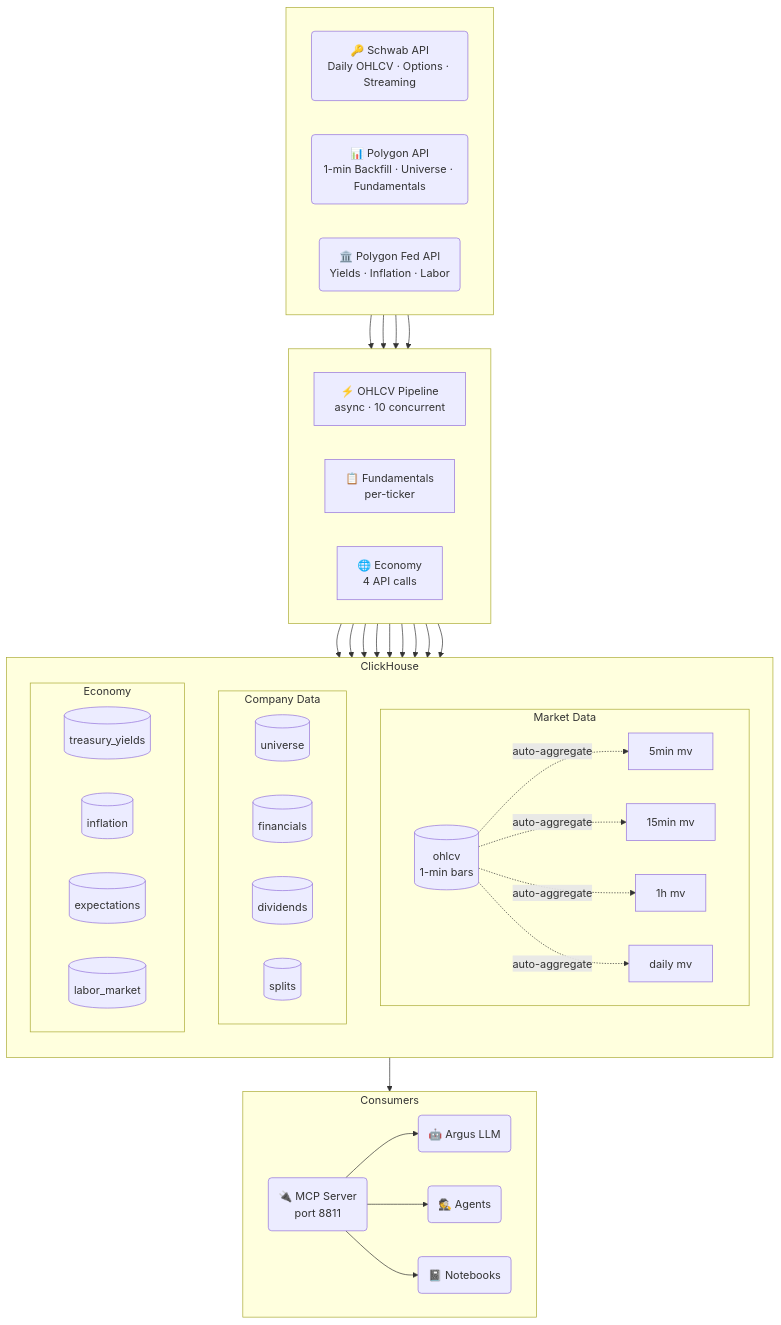
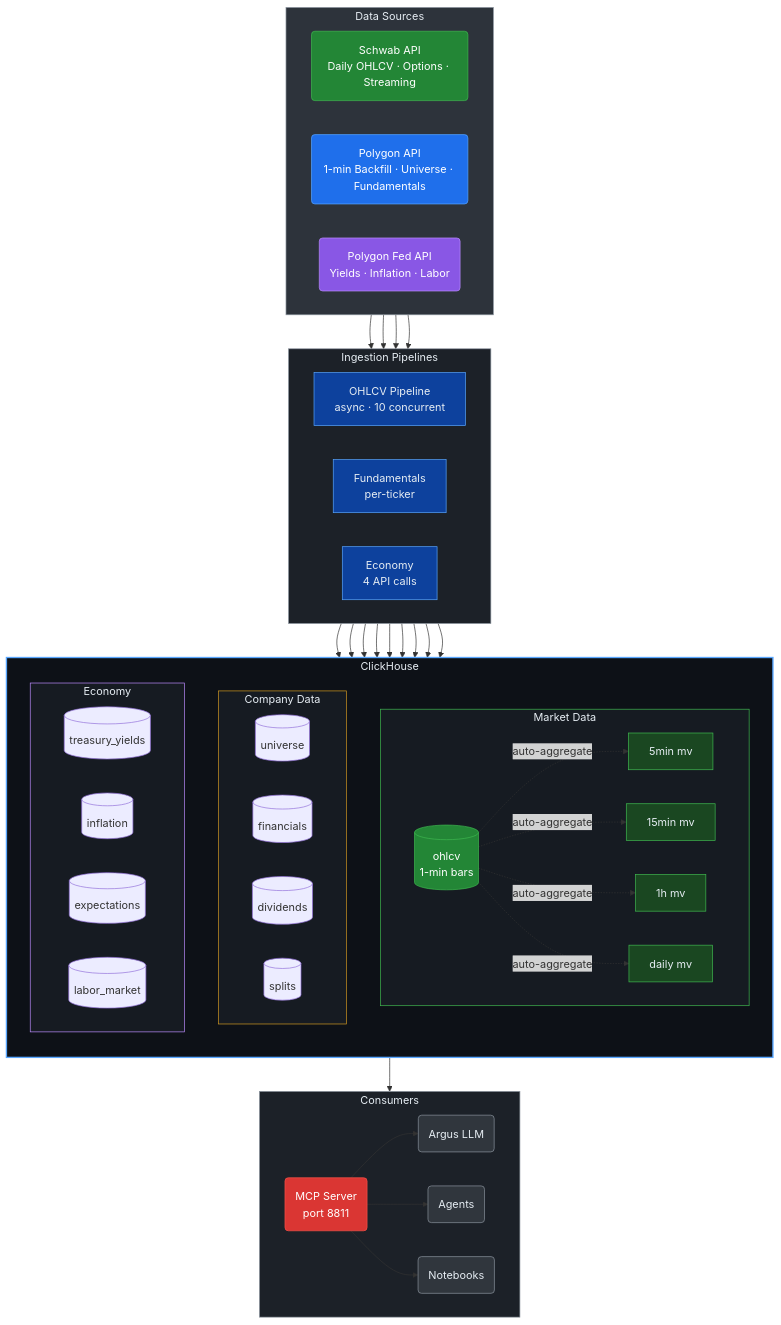
Before and after one commit to eshaank/argus-dataplat: the first of 2 diagrams in README.md, drawn with Mermaid.

Commit message:
docs: mermaid diagrams — remove emojis, add GitHub dark-mode color scheme

````diff
--- a/README.md
+++ b/README.md
@@ -11,17 +11,17 @@
 ```mermaid
 flowchart TB
-    subgraph Sources[" "]
+    subgraph Sources["Data Sources"]
         direction LR
-        SCHWAB("🔑 Schwab API\nDaily OHLCV · Options · Streaming")
-        POLYGON("📊 Polygon API\n1-min Backfill · Universe · Fundamentals")
-        FED("🏛️ Polygon Fed API\nYields · Inflation · Labor")
+        SCHWAB("Schwab API\nDaily OHLCV · Options · Streaming")
+        POLYGON("Polygon API\n1-min Backfill · Universe · Fundamentals")
+        FED("Polygon Fed API\nYields · Inflation · Labor")
     end
 
-    subgraph Pipelines[" "]
+    subgraph Pipelines["Ingestion Pipelines"]
         direction LR
-        OHLCV_PIPE["⚡ OHLCV Pipeline\nasync · 10 concurrent"]
-        FUND_PIPE["📋 Fundamentals\nper-ticker"]
-        ECON_PIPE["🌐 Economy\n4 API calls"]
+        OHLCV_PIPE["OHLCV Pipeline\nasync · 10 concurrent"]
+        FUND_PIPE["Fundamentals\nper-ticker"]
+        ECON_PIPE["Economy\n4 API calls"]
     end
 
     subgraph ClickHouse["ClickHouse"]
@@ -55,10 +55,10 @@
 
     subgraph Consumers["Consumers"]
         direction LR
-        MCP("🔌 MCP Server\nport 8811")
-        ARGUS("🤖 Argus LLM")
-        AGENTS("🕵️ Agents")
-        NB("📓 Notebooks")
+        MCP("MCP Server\nport 8811")
+        ARGUS("Argus LLM")
+        AGENTS("Agents")
+        NB("Notebooks")
     end
 
     SCHWAB --> OHLCV_PIPE
@@ -73,4 +73,31 @@
 
     ClickHouse --> MCP
     MCP --> ARGUS & AGENTS & NB
+
+    style Sources fill:#2d333b,stroke:#8b949e,color:#e6edf3
+    style Pipelines fill:#1c2128,stroke:#8b949e,color:#e6edf3
+    style ClickHouse fill:#0d1117,stroke:#58a6ff,color:#e6edf3,stroke-width:2px
+    style Market fill:#161b22,stroke:#3fb950,color:#e6edf3
+    style Company fill:#161b22,stroke:#d29922,color:#e6edf3
+    style Economy fill:#161b22,stroke:#bc8cff,color:#e6edf3
+    style Consumers fill:#1c2128,stroke:#8b949e,color:#e6edf3
+
+    style SCHWAB fill:#238636,stroke:#3fb950,color:#fff
+    style POLYGON fill:#1f6feb,stroke:#58a6ff,color:#fff
+    style FED fill:#8957e5,stroke:#bc8cff,color:#fff
+
+    style OHLCV_PIPE fill:#0d419d,stroke:#58a6ff,color:#e6edf3
+    style FUND_PIPE fill:#0d419d,stroke:#58a6ff,color:#e6edf3
+    style ECON_PIPE fill:#0d419d,stroke:#58a6ff,color:#e6edf3
+
+    style OHLCV fill:#238636,stroke:#3fb950,color:#fff
+    style MV_5 fill:#1a4721,stroke:#3fb950,color:#e6edf3
+    style MV_15 fill:#1a4721,stroke:#3fb950,color:#e6edf3
+    style MV_1H fill:#1a4721,stroke:#3fb950,color:#e6edf3
+    style MV_D fill:#1a4721,stroke:#3fb950,color:#e6edf3
+
+    style MCP fill:#da3633,stroke:#f85149,color:#fff
+    style ARGUS fill:#30363d,stroke:#8b949e,color:#e6edf3
+    style AGENTS fill:#30363d,stroke:#8b949e,color:#e6edf3
+    style NB fill:#30363d,stroke:#8b949e,color:#e6edf3
 ```
````
